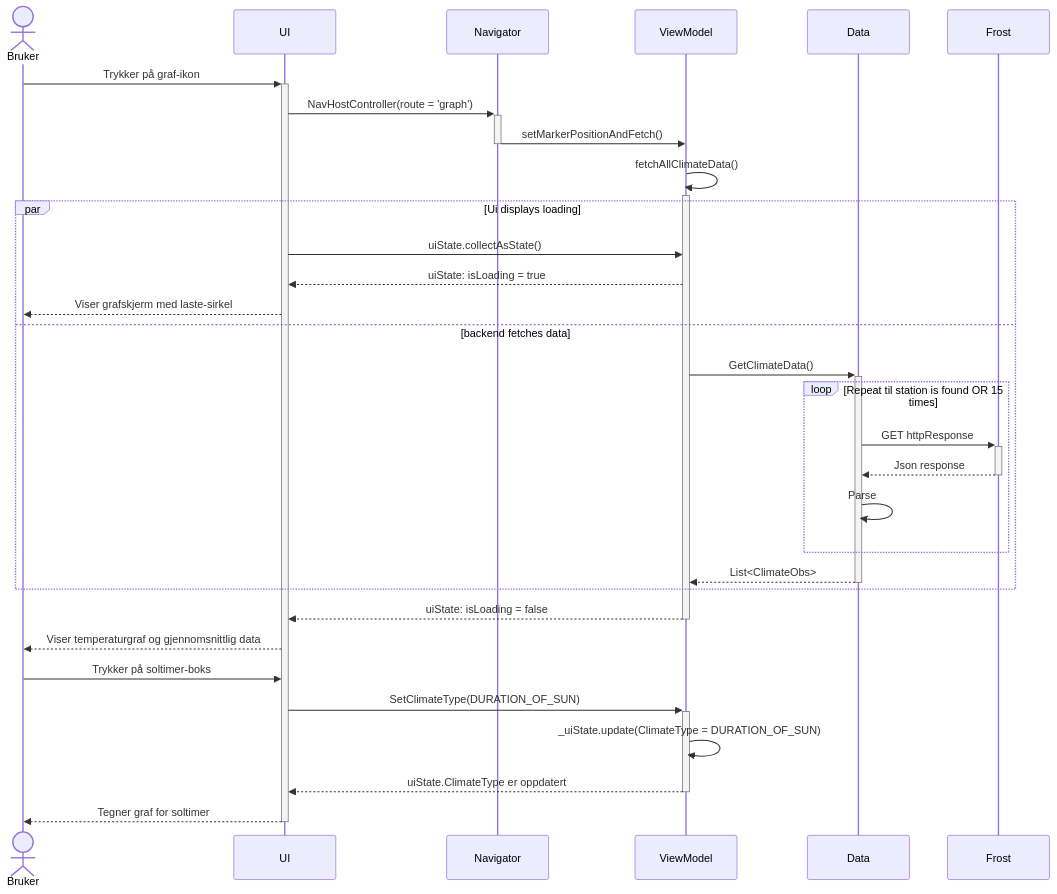
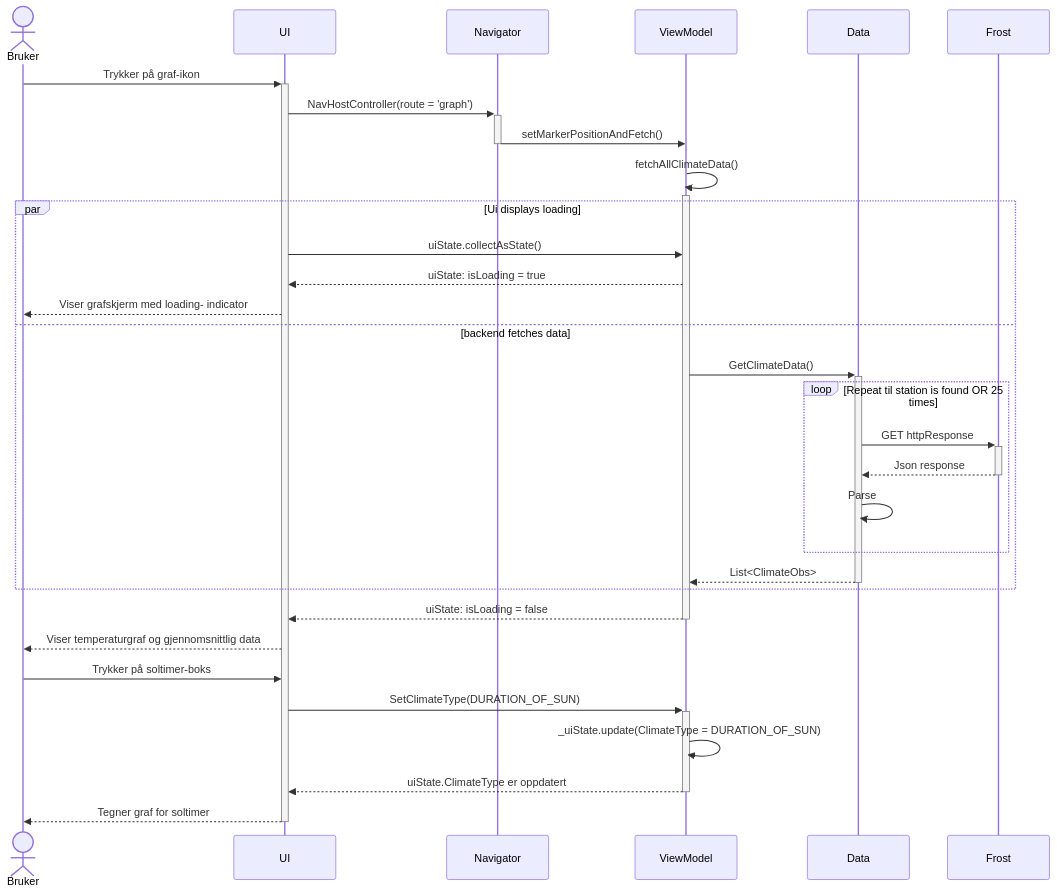
One commit to Apoapsis404/in2000-project-team-12 changed the second of 3 diagrams in MODELING.md. Above: the diagram before and after it, drawn with Mermaid. The commit also changed other lines of this file, not shown here.

````diff
--- a/MODELING.md
+++ b/MODELING.md
@@ -54,29 +54,29 @@
 ```mermaid
 sequenceDiagram
     actor Bruker
     Bruker->>+UI: Trykker på graf-ikon
     UI->>+Navigator: NavHostController(route = 'graph')
     Navigator ->>-ViewModel: setMarkerPositionAndFetch()
     ViewModel ->>+ViewModel: fetchAllClimateData()
     par Ui displays loading
         UI->>ViewModel: uiState.collectAsState()
         ViewModel-->>UI: uiState: isLoading = true
-        UI-->>Bruker: Viser grafskjerm med laste-sirkel
+        UI-->>Bruker: Viser grafskjerm med loading- indicator
     and backend fetches data
 
         ViewModel->>+Data: GetClimateData()
-        loop Repeat til station is found OR 15 times
+        loop Repeat til station is found OR 25 times
             Data ->> +Frost: GET httpResponse
             Frost -->> -Data: Json response
             Data->>Data: Parse
         end
         Data-->>-ViewModel: List<ClimateObs>
     end
     ViewModel-->>-UI: uiState: isLoading = false
     UI-->>Bruker: Viser temperaturgraf og gjennomsnittlig data
     Bruker ->>UI: Trykker på soltimer-boks
     UI ->> +ViewModel: SetClimateType(DURATION_OF_SUN)
     ViewModel ->> ViewModel: _uiState.update(ClimateType = DURATION_OF_SUN)
     ViewModel-->>-UI: uiState.ClimateType er oppdatert
     UI -->>- Bruker: Tegner graf for soltimer
 ```
````
